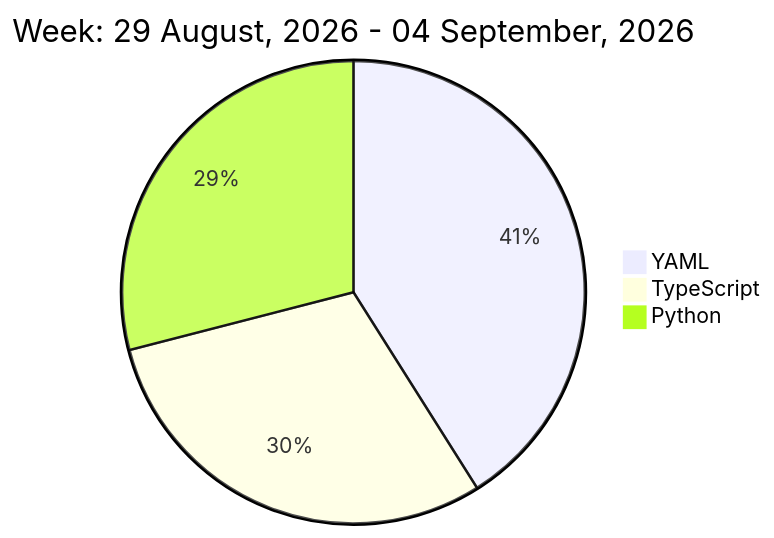
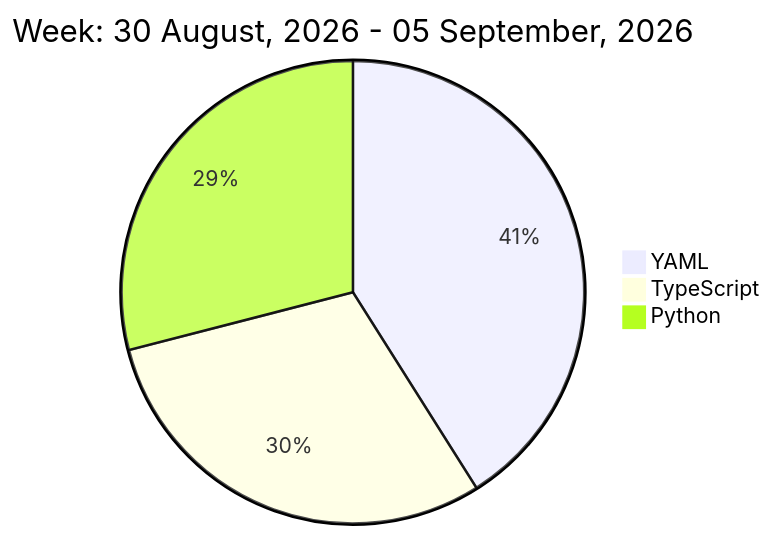
One commit to liubin95/liubin95 changed the diagram in README.md. Above: the diagram before and after it, drawn with Mermaid.

Commit message:
Updated the Graph with new Metrics

````diff
--- a/README.md
+++ b/README.md
@@ -32,7 +32,7 @@
 ```mermaid
  pie
-title Week: 29 August, 2026 - 04 September, 2026
+title Week: 30 August, 2026 - 05 September, 2026
  "YAML" : 2.22
  "TypeScript" : 1.62
  "Python" : 1.57
 ```
````
